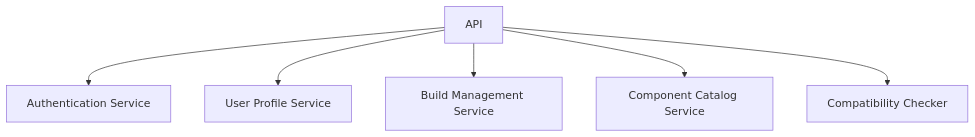
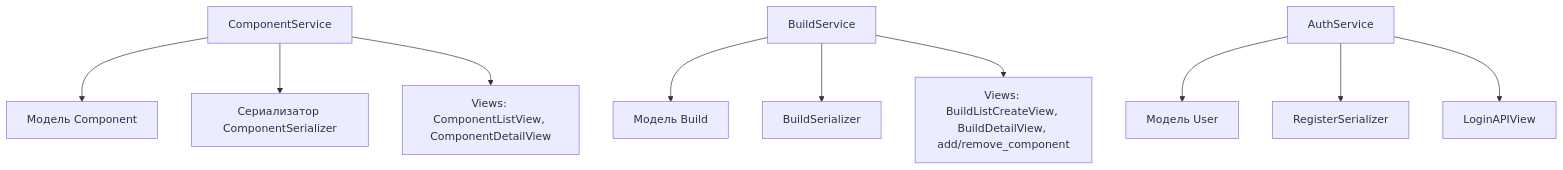
Before and after one commit to sofmjn/pc_builder_app: the sixth of 7 diagrams in README.md, drawn with Mermaid.

````diff
--- a/README.md
+++ b/README.md
@@ -129,16 +129,14 @@
 ```mermaid
-%%{init: {'theme': 'default'}}%%
-graph TD
-    AuthService[Authentication Service]
-    UserService[User Profile Service]
-    BuildService[Build Management Service]
-    ComponentService[Component Catalog Service]
-    CompatibilityService[Compatibility Checker]
+flowchart TD
+    ComponentService --> ComponentModel[Модель Component]
+    ComponentService --> ComponentSerializer[Сериализатор ComponentSerializer]
+    ComponentService --> ComponentView[Views: ComponentListView, ComponentDetailView]
+    
+    BuildService --> BuildModel[Модель Build]
+    BuildService --> BuildSerializer[BuildSerializer]
+    BuildService --> BuildView[Views: BuildListCreateView, BuildDetailView, add/remove_component]
 
-    API --> AuthService
-    API --> UserService
-    API --> BuildService
-    API --> ComponentService
-    API --> CompatibilityService
-
+    AuthService --> UserModel[Модель User]
+    AuthService --> RegisterSerializer
+    AuthService --> LoginAPIView
 ```
````
